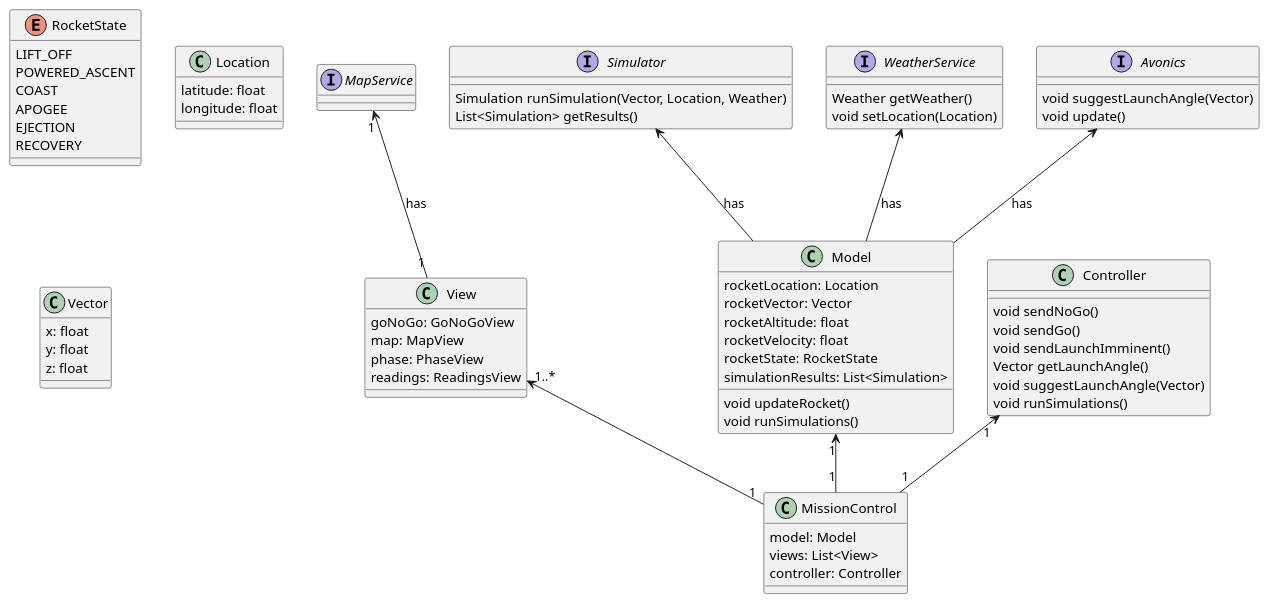
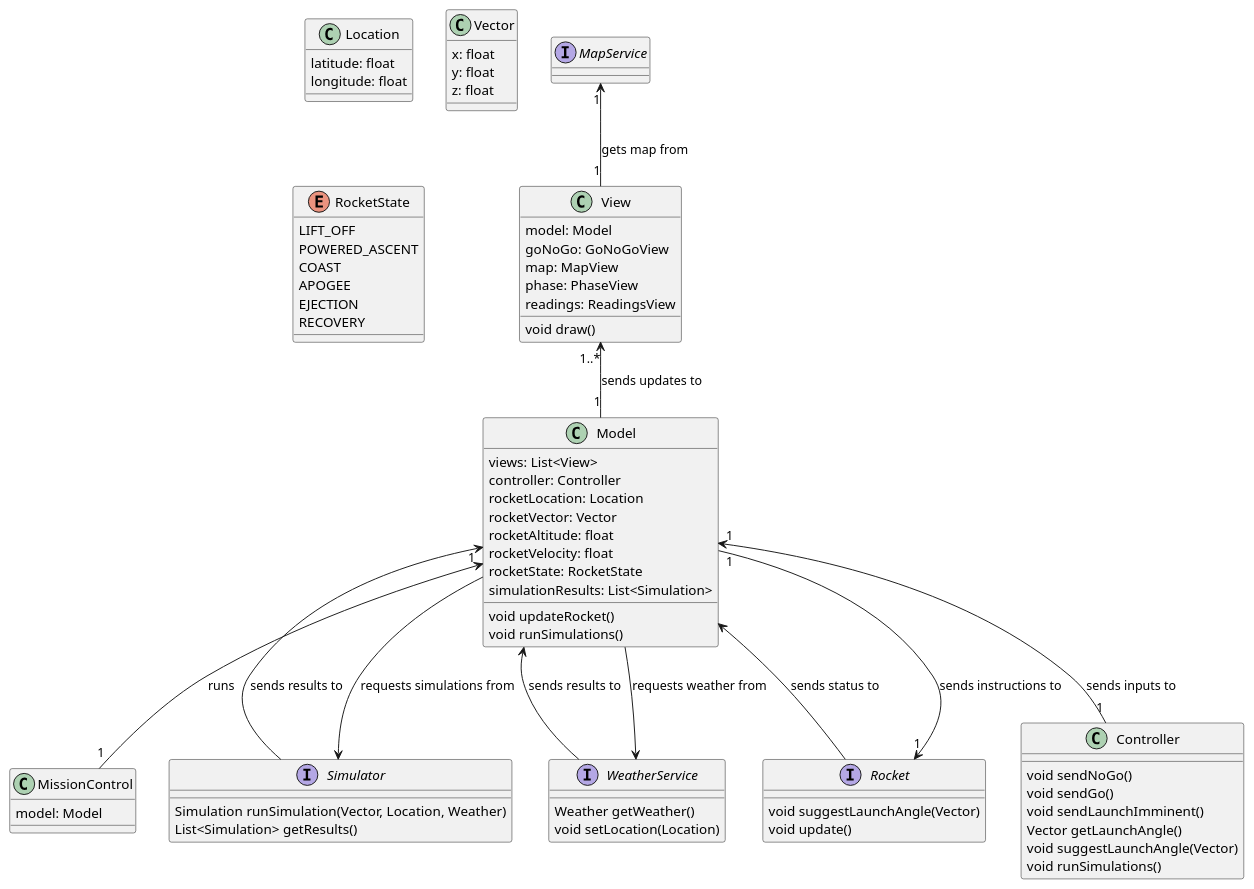
The diagram in uml_diagrams/class_diagram/class_diagram.puml (andrewellio/mission-control-), drawn with PlantUML before and after one commit.

Commit message:
Restructed to be more model-centric

```diff
--- a/uml_diagrams/class_diagram/class_diagram.puml
+++ b/uml_diagrams/class_diagram/class_diagram.puml
@@ -1,85 +1,88 @@
 @startuml MissionControl
 class MissionControl {
   model: Model
-  views: List<View>
-  controller: Controller
 }
-View "1..*" <-- "1" MissionControl
-Model "1" <-- "1" MissionControl
-Controller "1" <-- "1" MissionControl
+Model "1" <-- "1" MissionControl : runs
 
 class View {
+  model: Model
   goNoGo: GoNoGoView
   map: MapView
   phase: PhaseView
   readings: ReadingsView
+  void draw()
 }
-MapService "1" <-- "1" View : has
+MapService "1" <-- "1" View : gets map from
+
 
 class Model {
+  views: List<View>
+  controller: Controller
   rocketLocation: Location
   rocketVector: Vector
   rocketAltitude: float
   rocketVelocity: float
   rocketState: RocketState
   simulationResults: List<Simulation>
 
   void updateRocket()
   void runSimulations()
 }
-Simulator <-- Model : has
-WeatherService <-- Model : has
-Avonics <-- Model : has
+View "1..*" <-- "1" Model : sends updates to
+Simulator <-- Model : requests simulations from
+WeatherService <-- Model : requests weather from
+Rocket "1" <-- "1" Model : sends instructions to
 
 class Controller {
-
   void sendNoGo()
   void sendGo()
   void sendLaunchImminent()
   Vector getLaunchAngle()
   void suggestLaunchAngle(Vector)
   void runSimulations()
 }
-
-
-
-enum RocketState {
-  LIFT_OFF
-  POWERED_ASCENT
-  COAST
-  APOGEE
-  EJECTION
-  RECOVERY
-}
+Model "1" <-- "1" Controller : sends inputs to
 
 class Location {
   latitude: float
   longitude: float
 }
 
 class Vector {
   x: float
   y: float
   z: float
 }
 
-interface Avonics {
+enum RocketState {
+  LIFT_OFF
+  POWERED_ASCENT
+  COAST
+  APOGEE
+  EJECTION
+  RECOVERY
+}
+
+interface Rocket {
   void suggestLaunchAngle(Vector)
   void update()
 }
+Model <-- Rocket : sends status to
 
 interface Simulator {
   Simulation runSimulation(Vector, Location, Weather)
   List<Simulation> getResults()
 }
+Model <-- Simulator : sends results to
 
 
 interface WeatherService {
   Weather getWeather()
   void setLocation(Location)
 }
+Model <-- WeatherService : sends results to
 
 
 interface MapService
 
 @enduml
```
